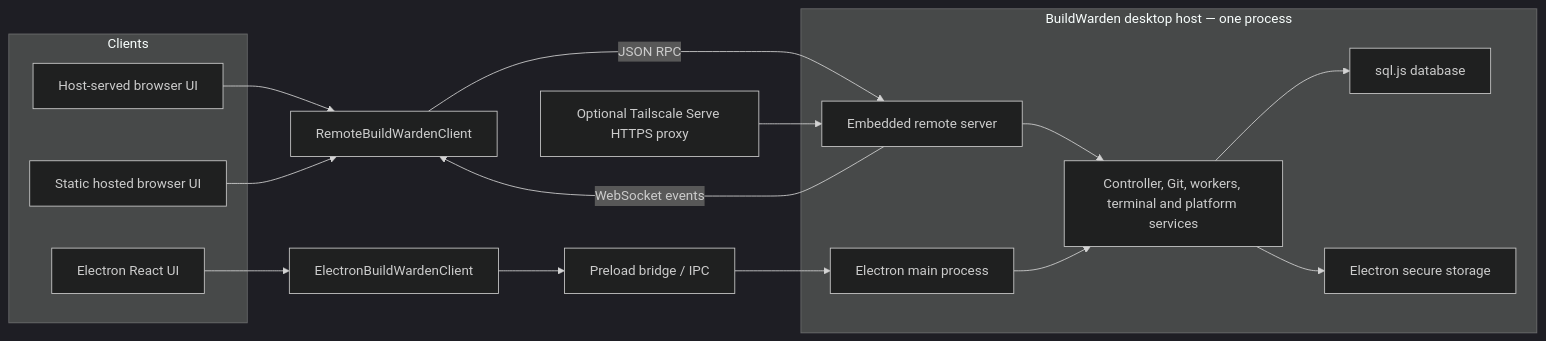
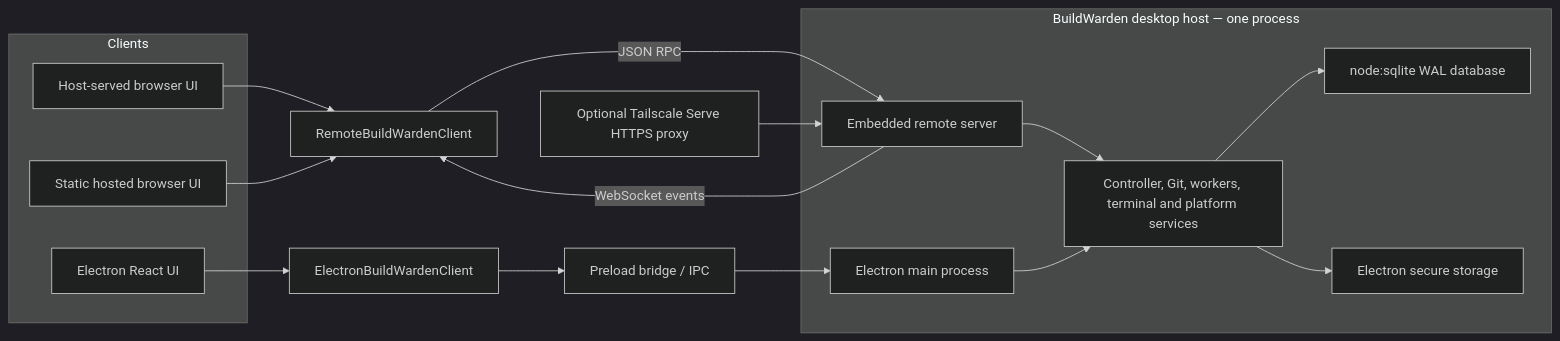
One commit to invetalcom/buildwarden changed the diagram in README.md. Above: the diagram before and after it, drawn with Mermaid (dark theme). The commit also changed other lines of this file and 8 other files, not shown here.

First line of the commit message:
Replace whole-file database persistence with SQLite WAL (#80)

````diff
--- a/README.md
+++ b/README.md
@@ -97,31 +97,31 @@
 ```mermaid
 flowchart LR
     subgraph Clients
         Electron["Electron React UI"]
         Browser["Host-served browser UI"]
         Hosted["Static hosted browser UI"]
     end
 
     Electron --> ElectronClient["ElectronBuildWardenClient"]
     ElectronClient --> Preload["Preload bridge / IPC"]
 
     Browser --> RemoteClient["RemoteBuildWardenClient"]
     Hosted --> RemoteClient
 
     subgraph Host["BuildWarden desktop host — one process"]
         Server["Embedded remote server"]
         Main["Electron main process"]
         Services["Controller, Git, workers, terminal and platform services"]
-        DB["sql.js database"]
+        DB["node:sqlite WAL database"]
         Secrets["Electron secure storage"]
         Server --> Services
         Main --> Services
         Services --> DB
         Services --> Secrets
     end
 
     RemoteClient -->|"JSON RPC"| Server
     Server -->|"WebSocket events"| RemoteClient
     Tailscale["Optional Tailscale Serve HTTPS proxy"] --> Server
     Preload --> Main
 ```
````
